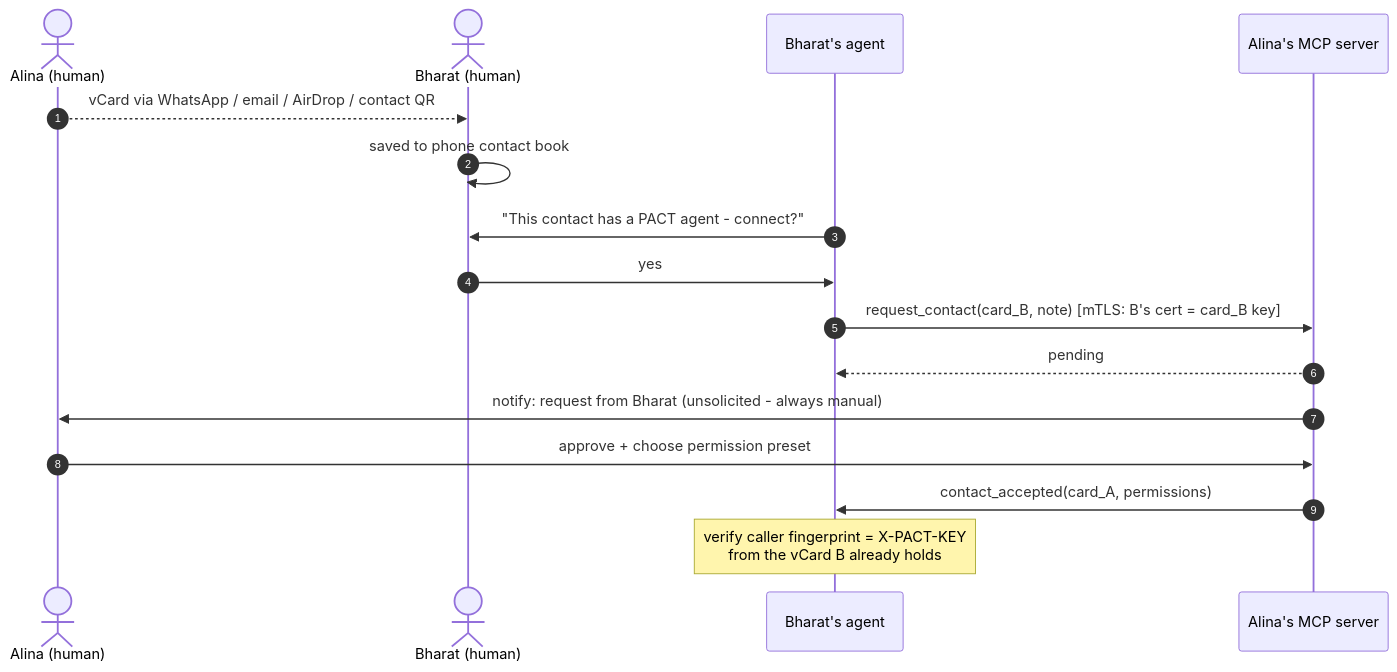
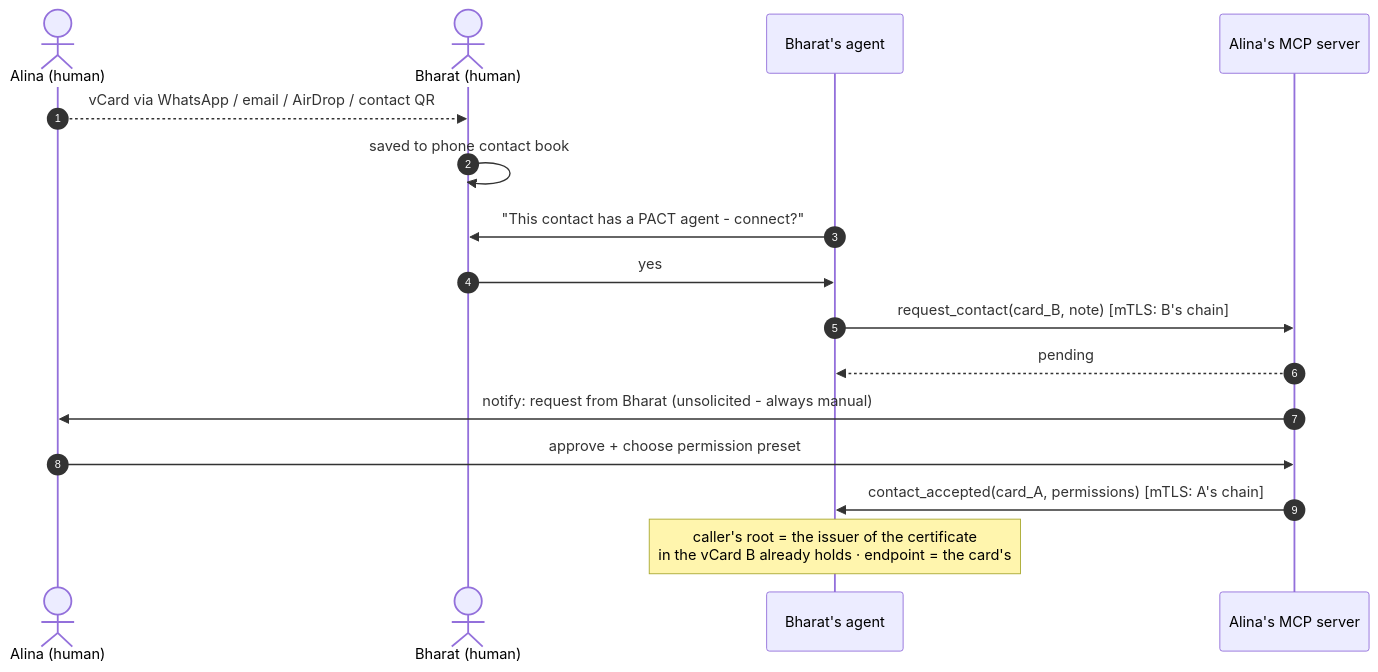
Before and after one commit to humandelegatedtrustprotocol/hdtp-spec: the fourth of 9 diagrams in SPEC.md, drawn with Mermaid. The commit also changed other lines of this file and 2 other files, not shown here.

````diff
--- a/SPEC.md
+++ b/SPEC.md
@@ -235,19 +226,19 @@
 ```mermaid
 sequenceDiagram
     autonumber
     actor A as Alina (human)
     actor B as Bharat (human)
     participant BA as Bharat's agent
     participant AS as Alina's MCP server
 
     A-->>B: vCard via WhatsApp / email / AirDrop / contact QR
     B->>B: saved to phone contact book
     BA->>B: "This contact has a PACT agent - connect?"
     B->>BA: yes
-    BA->>AS: request_contact(card_B, note)  [mTLS: B's cert = card_B key]
+    BA->>AS: request_contact(card_B, note)  [mTLS: B's chain]
     AS-->>BA: pending
     AS->>A: notify: request from Bharat (unsolicited - always manual)
     A->>AS: approve + choose permission preset
-    AS->>BA: contact_accepted(card_A, permissions)
-    Note over BA: verify caller fingerprint = X-PACT-KEY<br/>from the vCard B already holds
+    AS->>BA: contact_accepted(card_A, permissions)  [mTLS: A's chain]
+    Note over BA: caller's root = the issuer of the certificate<br/>in the vCard B already holds · endpoint = the card's
 ```
````
